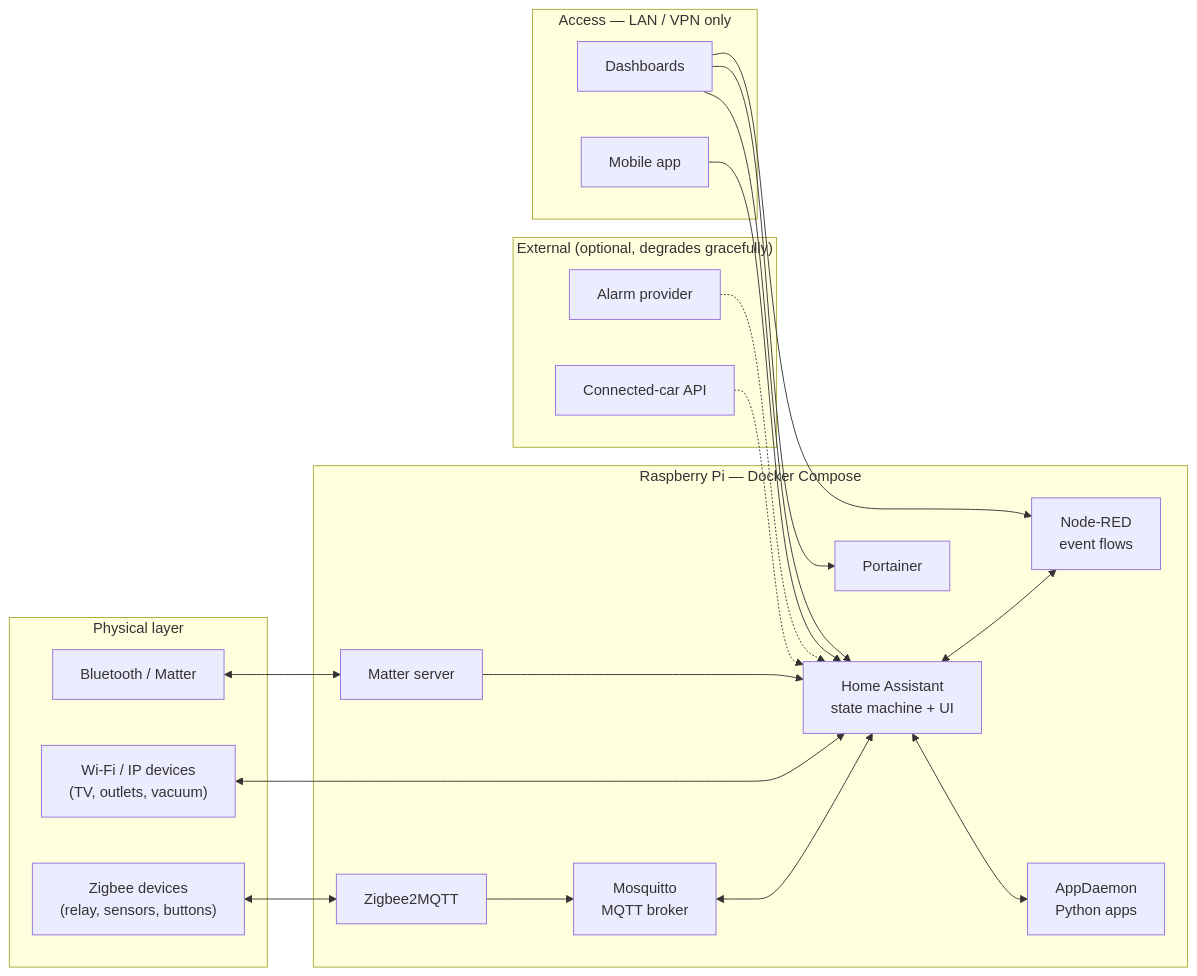
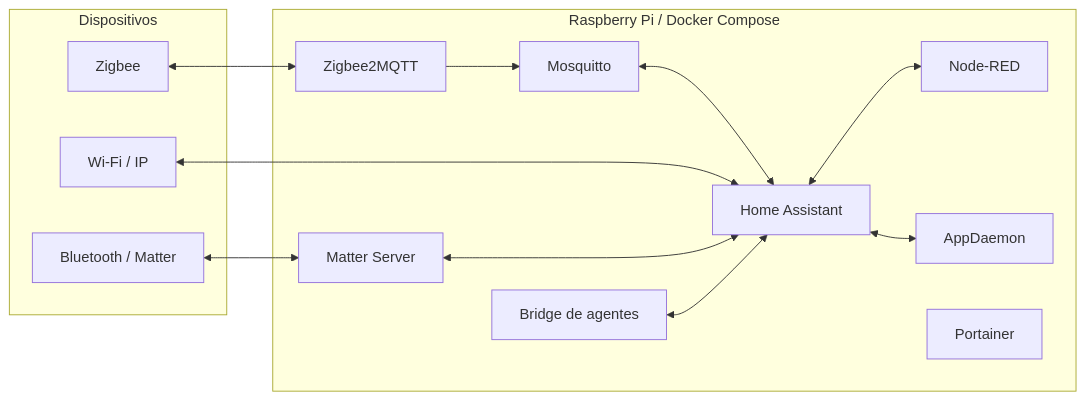
The diagram in README.md (gabrafur/my_smart_home), drawn with Mermaid before and after one commit. The commit also changed other lines of this file and 20 other files, not shown here.

````diff
--- a/README.md
+++ b/README.md
@@ -21,42 +22,26 @@
 ```mermaid
 flowchart LR
-    subgraph Devices["Physical layer"]
-        ZB["Zigbee devices<br/>(relay, sensors, buttons)"]
-        WIFI["Wi-Fi / IP devices<br/>(TV, outlets, vacuum)"]
-        BLE["Bluetooth / Matter"]
+    subgraph Devices[Dispositivos]
+        ZB[Zigbee]
+        IP[Wi-Fi / IP]
+        BLE[Bluetooth / Matter]
     end
 
-    subgraph Pi["Raspberry Pi — Docker Compose"]
-        Z2M["Zigbee2MQTT"]
-        MQ["Mosquitto<br/>MQTT broker"]
-        HA["Home Assistant<br/>state machine + UI"]
-        NR["Node-RED<br/>event flows"]
-        AD["AppDaemon<br/>Python apps"]
-        MS["Matter server"]
-        PT["Portainer"]
+    subgraph Host[Raspberry Pi / Docker Compose]
+        Z2M[Zigbee2MQTT]
+        MQ[Mosquitto]
+        HA[Home Assistant]
+        NR[Node-RED]
+        AD[AppDaemon]
+        MAT[Matter Server]
+        PT[Portainer]
+        BR[Bridge de agentes]
     end
 
-    subgraph Cloud["External (optional, degrades gracefully)"]
-        CAR["Connected-car API"]
-        ALARM["Alarm provider"]
-    end
-
-    ZB <--> Z2M --> MQ
-    MQ <--> HA
-    WIFI <--> HA
-    BLE <--> MS --> HA
+    ZB <--> Z2M --> MQ <--> HA
+    IP <--> HA
+    BLE <--> MAT <--> HA
     HA <--> NR
     HA <--> AD
-    CAR -.-> HA
-    ALARM -.-> HA
-
-    subgraph Clients["Access — LAN / VPN only"]
-        APP["Mobile app"]
-        WEB["Dashboards"]
-    end
-
-    APP --> HA
-    WEB --> HA
-    WEB --> NR
-    WEB --> PT
+    BR <--> HA
 ```
````
